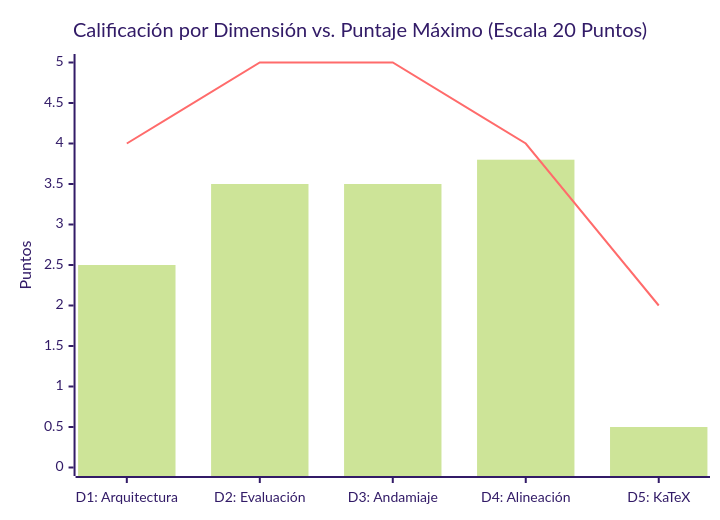
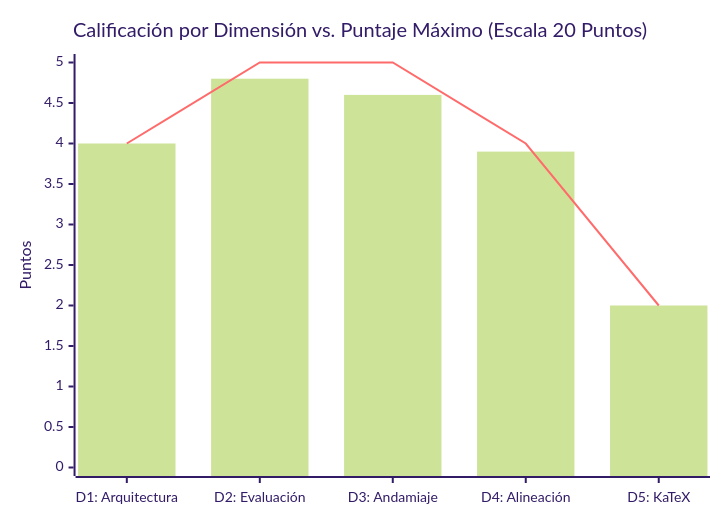
The diagram in reports/qa_audits/solow_growth_model_qa_report.md (aguerta/Tops_academy), drawn with Mermaid (forest theme) before and after one commit. The commit also changed other lines of this file and 8 other files, not shown here.

````diff
--- a/reports/qa_audits/solow_growth_model_qa_report.md
+++ b/reports/qa_audits/solow_growth_model_qa_report.md
@@ -36,8 +44,8 @@
 ```mermaid
 xychart-beta
     title "Calificación por Dimensión vs. Puntaje Máximo (Escala 20 Puntos)"
     x-axis ["D1: Arquitectura", "D2: Evaluación", "D3: Andamiaje", "D4: Alineación", "D5: KaTeX"]
     y-axis "Puntos" 0 --> 5
-    bar [2.5, 3.5, 3.5, 3.8, 0.5]
+    bar [4.0, 4.8, 4.6, 3.9, 2.0]
     line [4.0, 5.0, 5.0, 4.0, 2.0]
 ```
````
